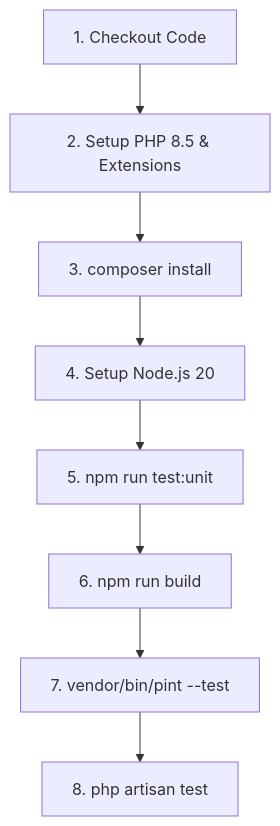
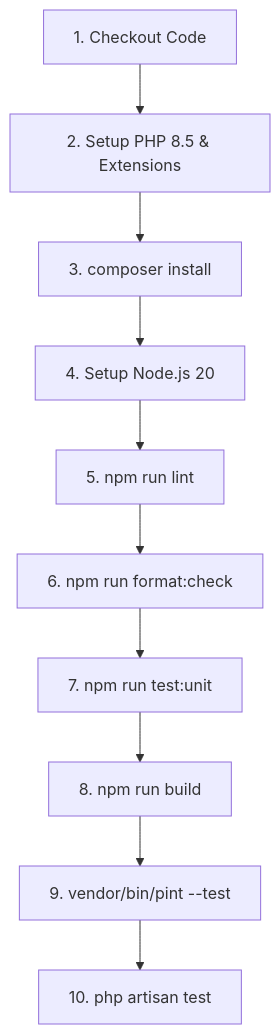
Before and after one commit to Antoine3012/skeleton-laravel_vue: the diagram in docs/en/7-ci-cd.md, drawn with Mermaid. The commit also changed other lines of this file and 42 other files, not shown here.

Commit message:
feat: scaffold Laravel and Vue 3 project structure with integrated ESLint, Prettier, and Laravel Pint for enhanced code quality.

````diff
--- a/docs/en/7-ci-cd.md
+++ b/docs/en/7-ci-cd.md
@@ -7,10 +7,12 @@
 ```mermaid
 graph TD
     Checkout[1. Checkout Code] --> SetupPHP[2. Setup PHP 8.5 & Extensions]
     SetupPHP --> Composer[3. composer install]
     Composer --> SetupNode[4. Setup Node.js 20]
-    SetupNode --> Vitest[5. npm run test:unit]
-    Vitest --> ViteBuild[6. npm run build]
-    ViteBuild --> Pint[7. vendor/bin/pint --test]
-    Pint --> PHPUnit[8. php artisan test]
+    SetupNode --> ESLint[5. npm run lint]
+    ESLint --> Prettier[6. npm run format:check]
+    Prettier --> Vitest[7. npm run test:unit]
+    Vitest --> ViteBuild[8. npm run build]
+    ViteBuild --> Pint[9. vendor/bin/pint --test]
+    Pint --> PHPUnit[10. php artisan test]
 ```
````
